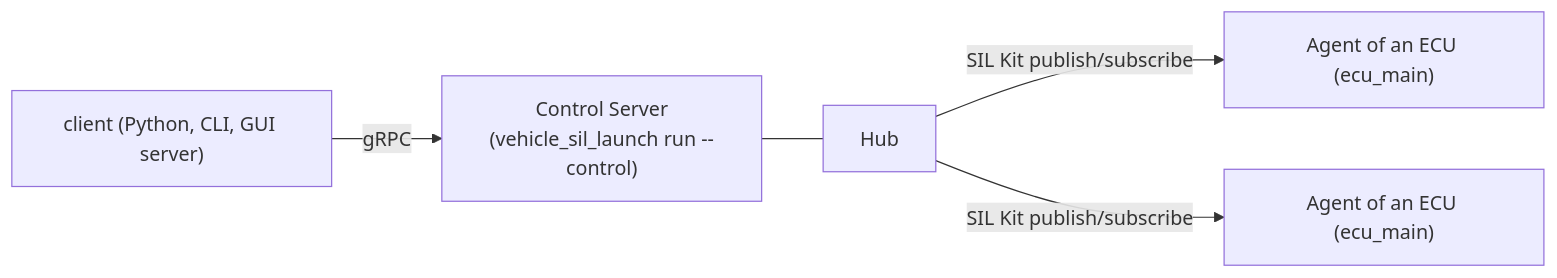
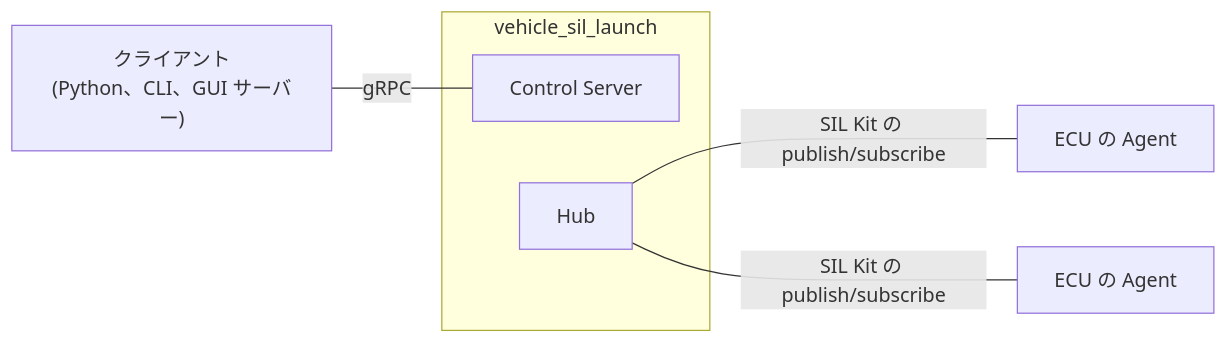
One commit to rahanahu/vehicle-sil changed the first of 2 diagrams in docs/internals/control.md. Above: the diagram before and after it, drawn with Mermaid. The commit also changed other lines of this file and 7 other files, not shown here.

````diff
--- a/docs/internals/control.md
+++ b/docs/internals/control.md
@@ -14,7 +32,13 @@
 ```mermaid
 flowchart LR
-    client["client (Python, CLI, GUI server)"] -- gRPC --> server["Control Server<br>(vehicle_sil_launch run --control)"]
-    server --- hub["Hub"]
-    hub -- "SIL Kit publish/subscribe" --> a1["Agent of an ECU (ecu_main)"]
-    hub -- "SIL Kit publish/subscribe" --> a2["Agent of an ECU (ecu_main)"]
+    client["クライアント<br>(Python、CLI、GUI サーバー)"]
+    subgraph launch["vehicle_sil_launch"]
+        server["Control Server"]
+        hub["Hub"]
+    end
+    a1["ECU の Agent"]
+    a2["ECU の Agent"]
+    client --- |gRPC| server
+    hub --- |"SIL Kit の publish/subscribe"| a1
+    hub --- |"SIL Kit の publish/subscribe"| a2
 ```
````
